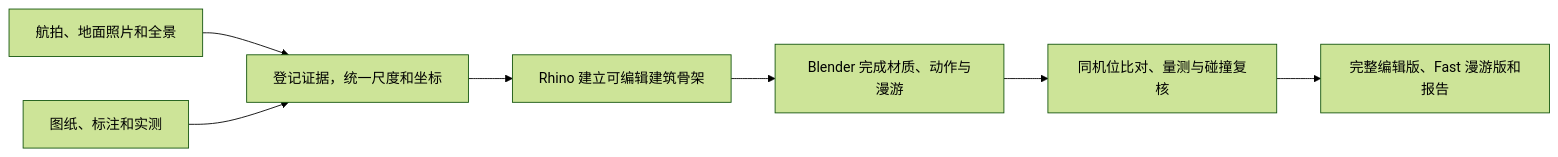
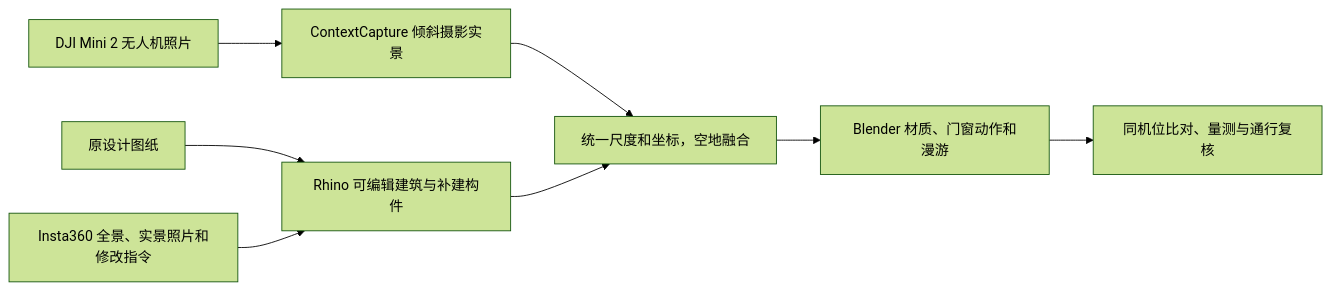
Before and after one commit to TYSONPengtao/Tao-Digital-Twin: the diagram in docs/case-studies/residential-reconstruction.zh-CN.md, drawn with Mermaid (forest theme). The commit also changed other lines of this file and 4 other files, not shown here.

````diff
--- a/docs/case-studies/residential-reconstruction.zh-CN.md
+++ b/docs/case-studies/residential-reconstruction.zh-CN.md
@@ -11,9 +13,10 @@
 ```mermaid
 flowchart LR
-    A["航拍、地面照片和全景"] --> C["登记证据，统一尺度和坐标"]
-    B["图纸、标注和实测"] --> C
-    C --> D["Rhino 建立可编辑建筑骨架"]
-    D --> E["Blender 完成材质、动作与漫游"]
-    E --> F["同机位比对、量测与碰撞复核"]
-    F --> G["完整编辑版、Fast 漫游版和报告"]
+    A["DJI Mini 2 无人机照片"] --> C["ContextCapture 倾斜摄影实景"]
+    B["原设计图纸"] --> D["Rhino 可编辑建筑与补建构件"]
+    P["Insta360 全景、实景照片和修改指令"] --> D
+    C --> F["统一尺度和坐标，空地融合"]
+    D --> F
+    F --> E["Blender 材质、门窗动作和漫游"]
+    E --> G["同机位比对、量测与通行复核"]
 ```
````
